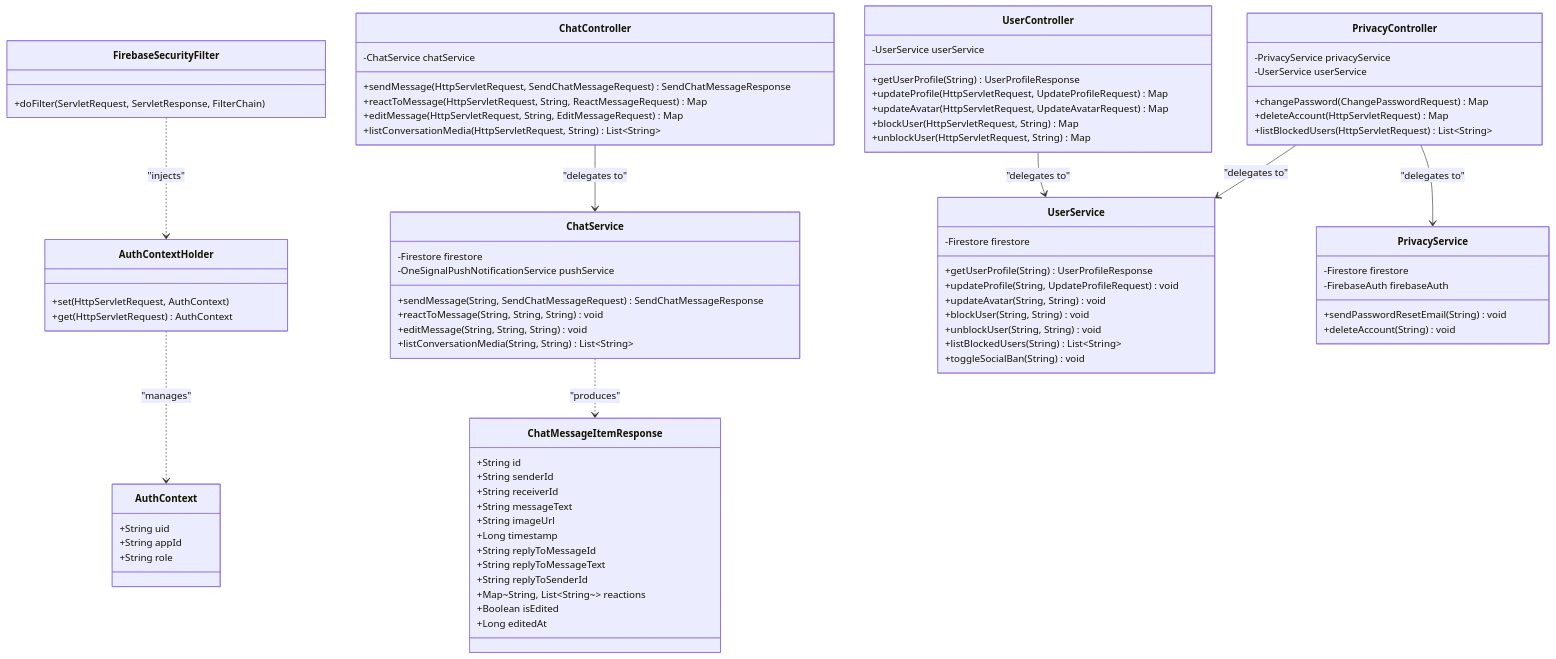
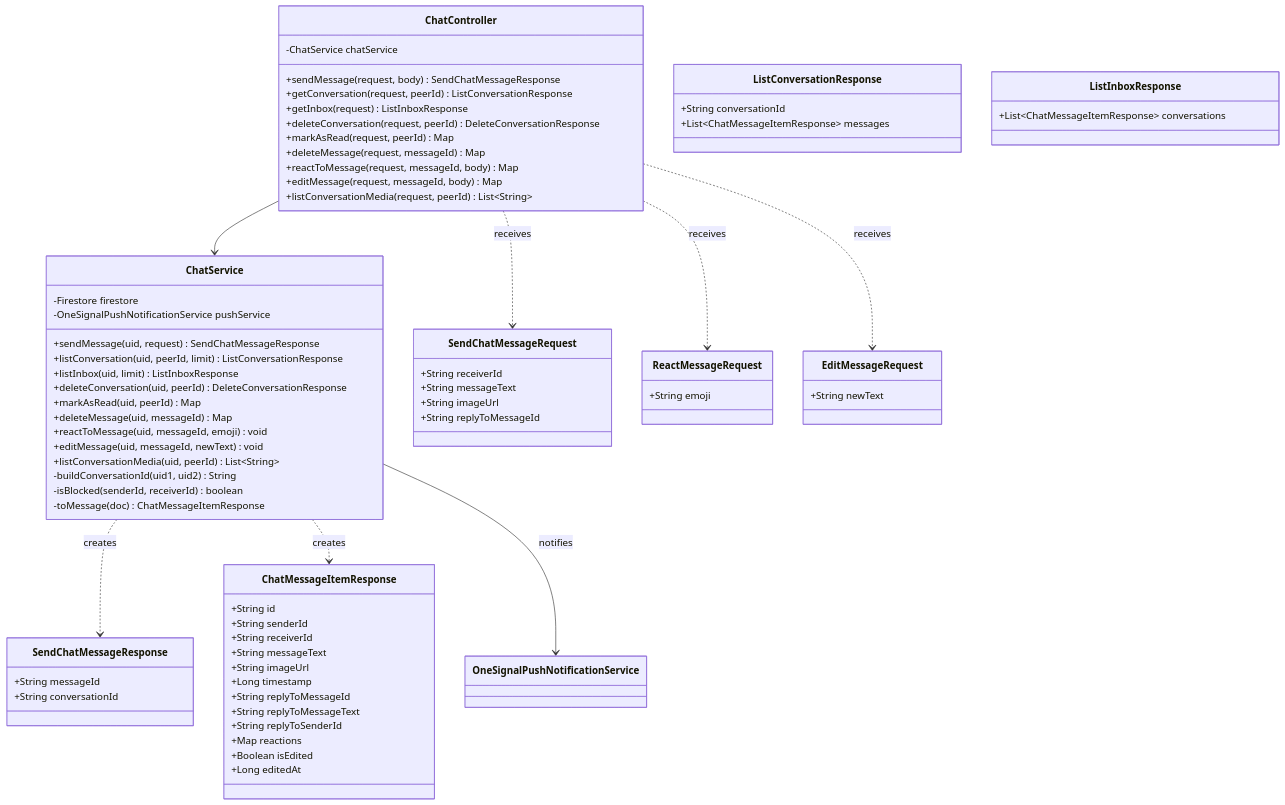
Before and after one commit to Truong102006/App-Mobilee-SE114: the fourth of 15 diagrams in final_report.md, drawn with Mermaid. The commit also changed other lines of this file and 5 other files, not shown here.

````diff
--- a/final_report.md
+++ b/final_report.md
@@ -153,38 +401,45 @@
 ```mermaid
 classDiagram
-    %% Lớp Bảo Mật & Xác Thực
-    class AuthContext {
-        +String uid
-        +String appId
-        +String role
-    }
-    class AuthContextHolder {
-        +set(HttpServletRequest, AuthContext)
-        +get(HttpServletRequest) AuthContext
-    }
-
-    class FirebaseSecurityFilter {
-        +doFilter(ServletRequest, ServletResponse, FilterChain)
-    }
-
-    %% Phân hệ Chat Cốt Lõi
     class ChatController {
         -ChatService chatService
-        +sendMessage(HttpServletRequest, SendChatMessageRequest) SendChatMessageResponse
-        +reactToMessage(HttpServletRequest, String, ReactMessageRequest) Map
-        +editMessage(HttpServletRequest, String, EditMessageRequest) Map
-        +listConversationMedia(HttpServletRequest, String) List~String~
+        +sendMessage(request, body) SendChatMessageResponse
+        +getConversation(request, peerId) ListConversationResponse
+        +getInbox(request) ListInboxResponse
+        +deleteConversation(request, peerId) DeleteConversationResponse
+        +markAsRead(request, peerId) Map
+        +deleteMessage(request, messageId) Map
+        +reactToMessage(request, messageId, body) Map
+        +editMessage(request, messageId, body) Map
+        +listConversationMedia(request, peerId) List~String~
     }
 
     class ChatService {
         -Firestore firestore
         -OneSignalPushNotificationService pushService
-        +sendMessage(String, SendChatMessageRequest) SendChatMessageResponse
-        +reactToMessage(String, String, String) void
-        +editMessage(String, String, String) void
-        +listConversationMedia(String, String) List~String~
+        +sendMessage(uid, request) SendChatMessageResponse
+        +listConversation(uid, peerId, limit) ListConversationResponse
+        +listInbox(uid, limit) ListInboxResponse
+        +deleteConversation(uid, peerId) DeleteConversationResponse
+        +markAsRead(uid, peerId) Map
+        +deleteMessage(uid, messageId) Map
+        +reactToMessage(uid, messageId, emoji) void
+        +editMessage(uid, messageId, newText) void
+        +listConversationMedia(uid, peerId) List~String~
+        -buildConversationId(uid1, uid2) String
+        -isBlocked(senderId, receiverId) boolean
+        -toMessage(doc) ChatMessageItemResponse
     }
 
+    class SendChatMessageRequest {
+        +String receiverId
+        +String messageText
+        +String imageUrl
+        +String replyToMessageId
+    }
+    class SendChatMessageResponse {
+        +String messageId
+        +String conversationId
+    }
     class ChatMessageItemResponse {
         +String id
         +String senderId
@@ -195,54 +450,29 @@
         +String replyToMessageId
         +String replyToMessageText
         +String replyToSenderId
-        +Map~String, List~String~~ reactions
+        +Map reactions
         +Boolean isEdited
         +Long editedAt
     }
-
-    %% Phân hệ Hồ sơ & Chặn người dùng (User Management)
-    class UserController {
-        -UserService userService
-        +getUserProfile(String) UserProfileResponse
-        +updateProfile(HttpServletRequest, UpdateProfileRequest) Map
-        +updateAvatar(HttpServletRequest, UpdateAvatarRequest) Map
-        +blockUser(HttpServletRequest, String) Map
-        +unblockUser(HttpServletRequest, String) Map
+    class ListConversationResponse {
+        +String conversationId
+        +List~ChatMessageItemResponse~ messages
+    }
+    class ListInboxResponse {
+        +List~ChatMessageItemResponse~ conversations
+    }
+    class ReactMessageRequest {
+        +String emoji
+    }
+    class EditMessageRequest {
+        +String newText
     }
 
-    class UserService {
-        -Firestore firestore
-        +getUserProfile(String) UserProfileResponse
-        +updateProfile(String, UpdateProfileRequest) void
-        +updateAvatar(String, String) void
-        +blockUser(String, String) void
-        +unblockUser(String, String) void
-        +listBlockedUsers(String) List~String~
-        +toggleSocialBan(String) void
-    }
-
-    %% Phân hệ Quyền riêng tư & Bảo mật
-    class PrivacyController {
-        -PrivacyService privacyService
-        -UserService userService
-        +changePassword(ChangePasswordRequest) Map
-        +deleteAccount(HttpServletRequest) Map
-        +listBlockedUsers(HttpServletRequest) List~String~
-    }
-
-    class PrivacyService {
-        -Firestore firestore
-        -FirebaseAuth firebaseAuth
-        +sendPasswordResetEmail(String) void
-        +deleteAccount(String) void
-    }
-
-    %% Kết nối
-    FirebaseSecurityFilter ..> AuthContextHolder : "injects"
-    AuthContextHolder ..> AuthContext : "manages"
-    ChatController --> ChatService : "delegates to"
-    ChatService ..> ChatMessageItemResponse : "produces"
-    UserController --> UserService : "delegates to"
-    PrivacyController --> PrivacyService : "delegates to"
-    PrivacyController --> UserService : "delegates to"
+    ChatController --> ChatService
+    ChatService ..> SendChatMessageResponse : creates
+    ChatService ..> ChatMessageItemResponse : creates
+    ChatController ..> SendChatMessageRequest : receives
+    ChatController ..> ReactMessageRequest : receives
+    ChatController ..> EditMessageRequest : receives
+    ChatService --> OneSignalPushNotificationService : notifies
 ```
````
